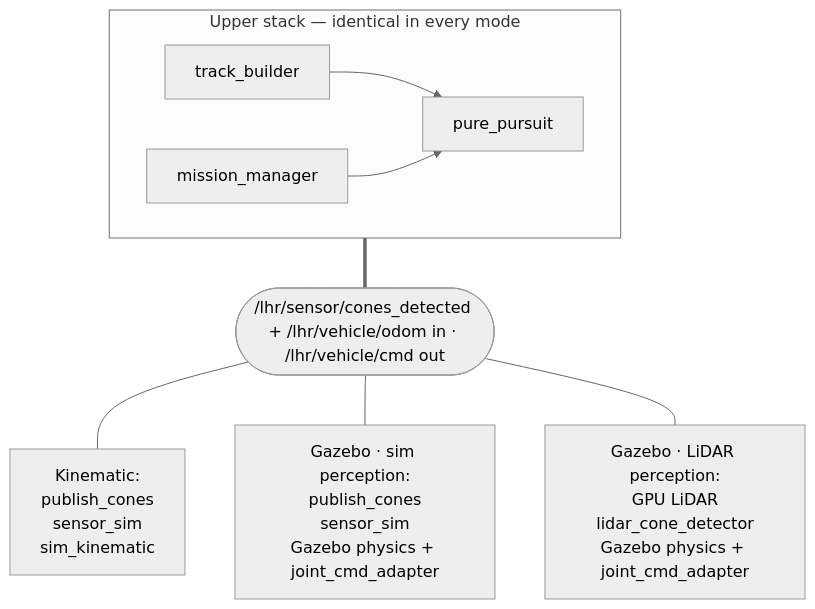
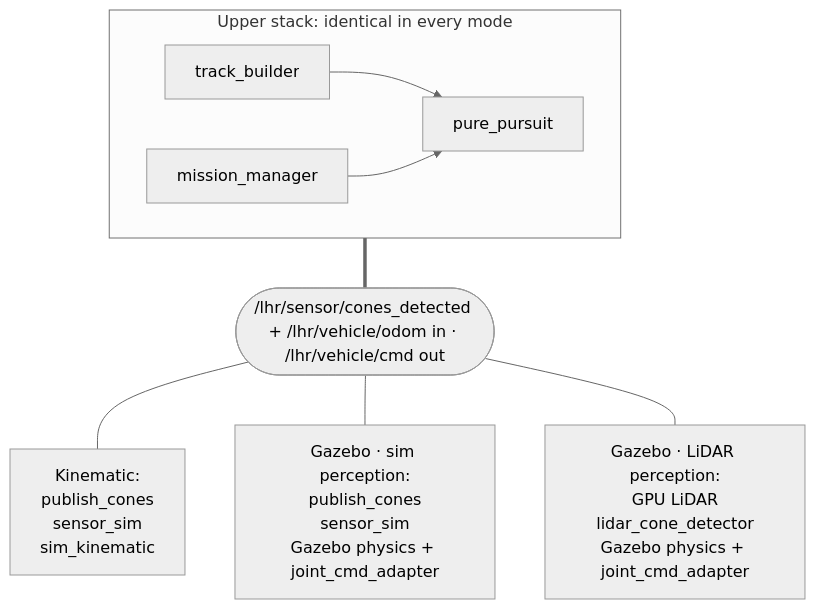
One commit to LonghornRacingElectric/lhre changed the fifth of 7 diagrams in autonomy/ros2/README.md. Above: the diagram before and after it, drawn with Mermaid (neutral theme). The commit also changed other lines of this file and 16 other files, not shown here.

````diff
--- a/autonomy/ros2/README.md
+++ b/autonomy/ros2/README.md
@@ -272,16 +273,16 @@
 ```mermaid
 flowchart TB
-    subgraph upper["Upper stack — identical in every mode"]
+    subgraph upper["Upper stack: identical in every mode"]
         direction LR
         builder["track_builder"] --> pursuit["pure_pursuit"]
         mission["mission_manager"] --> pursuit
     end
     iface(["/lhr/sensor/cones_detected + /lhr/vehicle/odom in · /lhr/vehicle/cmd out"])
     upper === iface
     m1["Kinematic:<br>publish_cones<br>sensor_sim<br>sim_kinematic"]
     m2["Gazebo · sim perception:<br>publish_cones<br>sensor_sim<br>Gazebo physics + joint_cmd_adapter"]
     m3["Gazebo · LiDAR perception:<br>GPU LiDAR<br>lidar_cone_detector<br>Gazebo physics + joint_cmd_adapter"]
     iface --- m1
     iface --- m2
     iface --- m3
 ```
````
